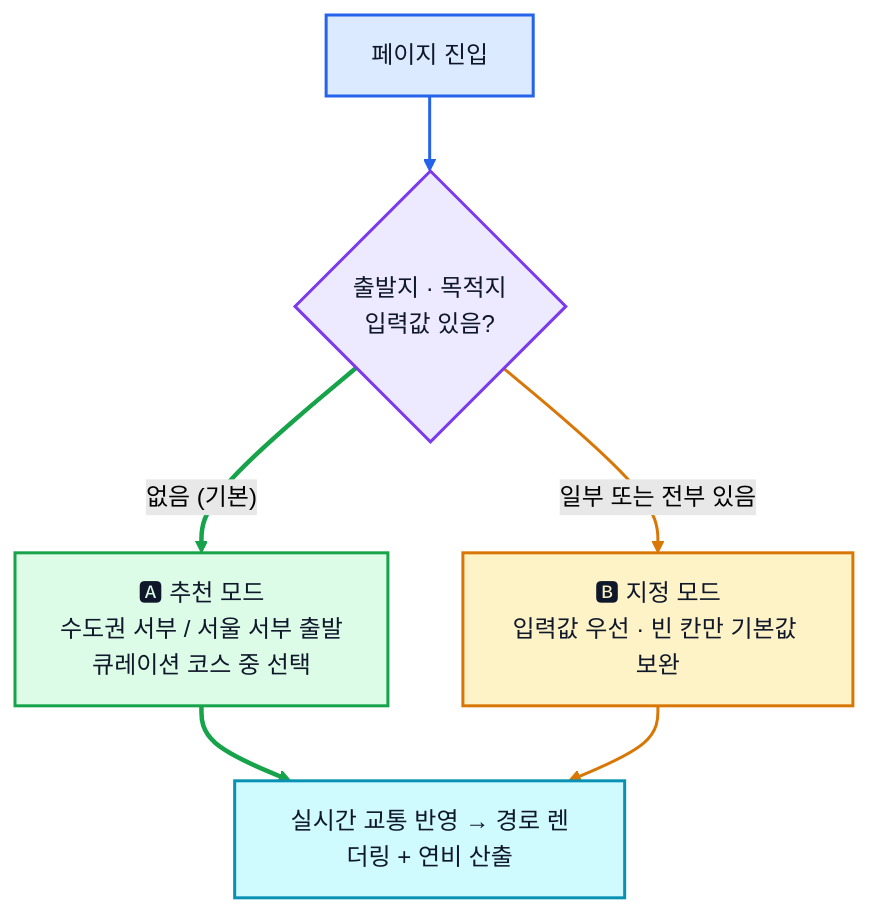
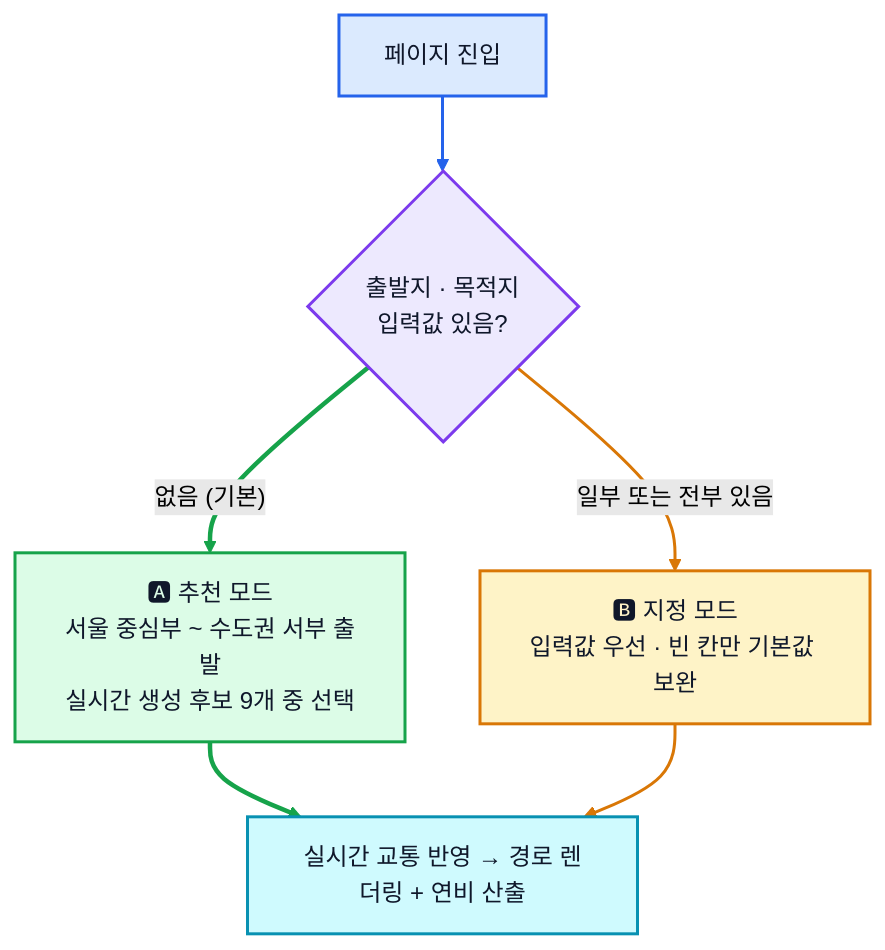
Before and after one commit to rome777/aiffel_test: the first of 11 diagrams in README.md, drawn with Mermaid (forest theme). The commit also changed other lines of this file, not shown here.

````diff
--- a/README.md
+++ b/README.md
@@ -25,24 +26,24 @@
 ```mermaid
 graph TD
     A["페이지 진입"] --> B{"출발지 · 목적지<br/>입력값 있음?"}
-    B -- "없음 (기본)" --> C["🅰 추천 모드<br/>수도권 서부 / 서울 서부 출발<br/>큐레이션 코스 중 선택"]
+    B -- "없음 (기본)" --> C["🅰 추천 모드<br/>서울 중심부 ~ 수도권 서부 출발<br/>실시간 생성 후보 9개 중 선택"]
     B -- "일부 또는 전부 있음" --> D["🅱 지정 모드<br/>입력값 우선 · 빈 칸만 기본값 보완"]
     C --> E["실시간 교통 반영 → 경로 렌더링 + 연비 산출"]
     D --> E
 
     classDef entry  fill:#dbeafe,stroke:#2563eb,stroke-width:2px,color:#0f172a
     classDef decide fill:#ede9fe,stroke:#7c3aed,stroke-width:2px,color:#0f172a
     classDef rec    fill:#dcfce7,stroke:#16a34a,stroke-width:2px,color:#0f172a
     classDef manual fill:#fef3c7,stroke:#d97706,stroke-width:2px,color:#0f172a
     classDef out    fill:#cffafe,stroke:#0891b2,stroke-width:2px,color:#0f172a
 
     class A entry
     class B decide
     class C rec
     class D manual
     class E out
 
     linkStyle 0 stroke:#2563eb,stroke-width:2px
     linkStyle 1,3 stroke:#16a34a,stroke-width:3px
     linkStyle 2,4 stroke:#d97706,stroke-width:2px
 ```
````
